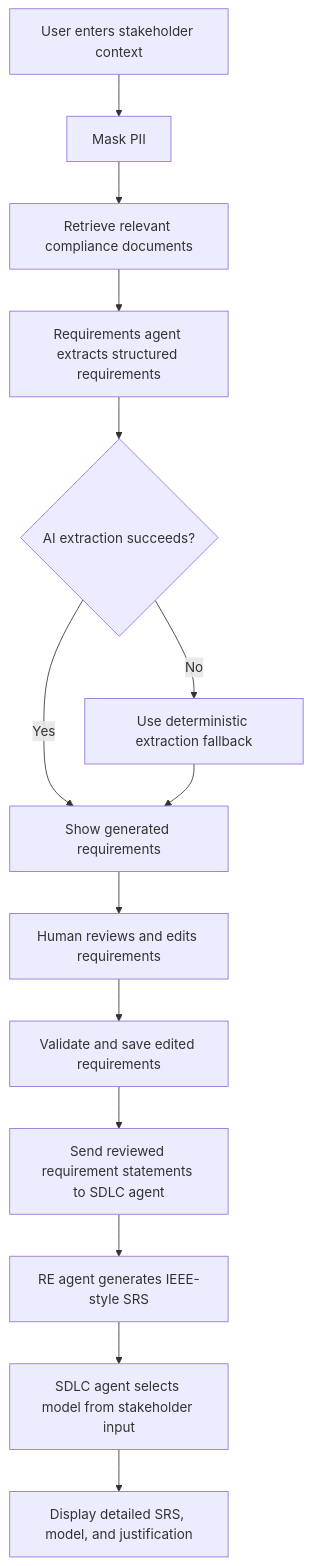
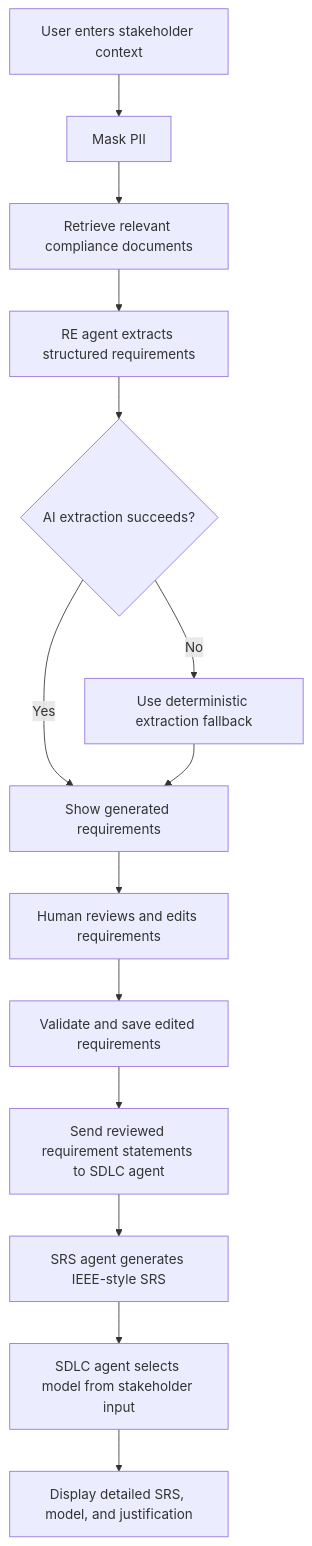
Before and after one commit to AdityaGayan/Fintech_AgenticAI: the first of 2 diagrams in README.md, drawn with Mermaid. The commit also changed other lines of this file and 14 other files, not shown here.

````diff
--- a/README.md
+++ b/README.md
@@ -27,16 +27,16 @@
 ```mermaid
 flowchart TD
     A[User enters stakeholder context] --> B[Mask PII]
     B --> C[Retrieve relevant compliance documents]
-    C --> D[Requirements agent extracts structured requirements]
+    C --> D[RE agent extracts structured requirements]
     D --> E{AI extraction succeeds?}
     E -->|Yes| F[Show generated requirements]
     E -->|No| G[Use deterministic extraction fallback]
     G --> F
     F --> H[Human reviews and edits requirements]
     H --> I[Validate and save edited requirements]
     I --> J[Send reviewed requirement statements to SDLC agent]
-    J --> K[RE agent generates IEEE-style SRS]
+    J --> K[SRS agent generates IEEE-style SRS]
     K --> L[SDLC agent selects model from stakeholder input]
     L --> M[Display detailed SRS, model, and justification]
 ```
````
